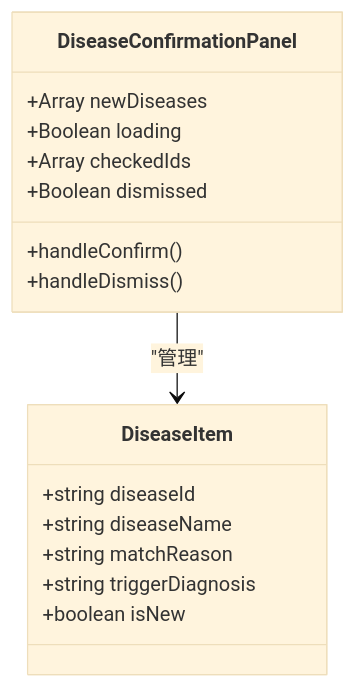
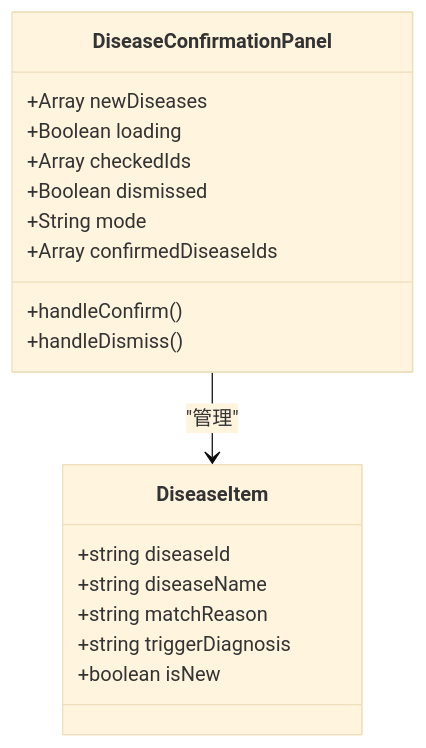
Before and after one commit to liuzh2008/med_ai_assistant_workspace: the sixth of 14 diagrams in .qoder/repowiki/zh/content/临床指引Tab.md, drawn with Mermaid (base theme). The commit also changed other lines of this file and 5 other files, not shown here.

````diff
--- a/.qoder/repowiki/zh/content/临床指引Tab.md
+++ b/.qoder/repowiki/zh/content/临床指引Tab.md
@@ -318,19 +384,21 @@
 ```mermaid
 classDiagram
 class DiseaseConfirmationPanel {
 +Array newDiseases
 +Boolean loading
 +Array checkedIds
 +Boolean dismissed
++String mode
++Array confirmedDiseaseIds
 +handleConfirm()
 +handleDismiss()
 }
 class DiseaseItem {
 +string diseaseId
 +string diseaseName
 +string matchReason
 +string triggerDiagnosis
 +boolean isNew
 }
 DiseaseConfirmationPanel --> DiseaseItem : "管理"
 ```
````
